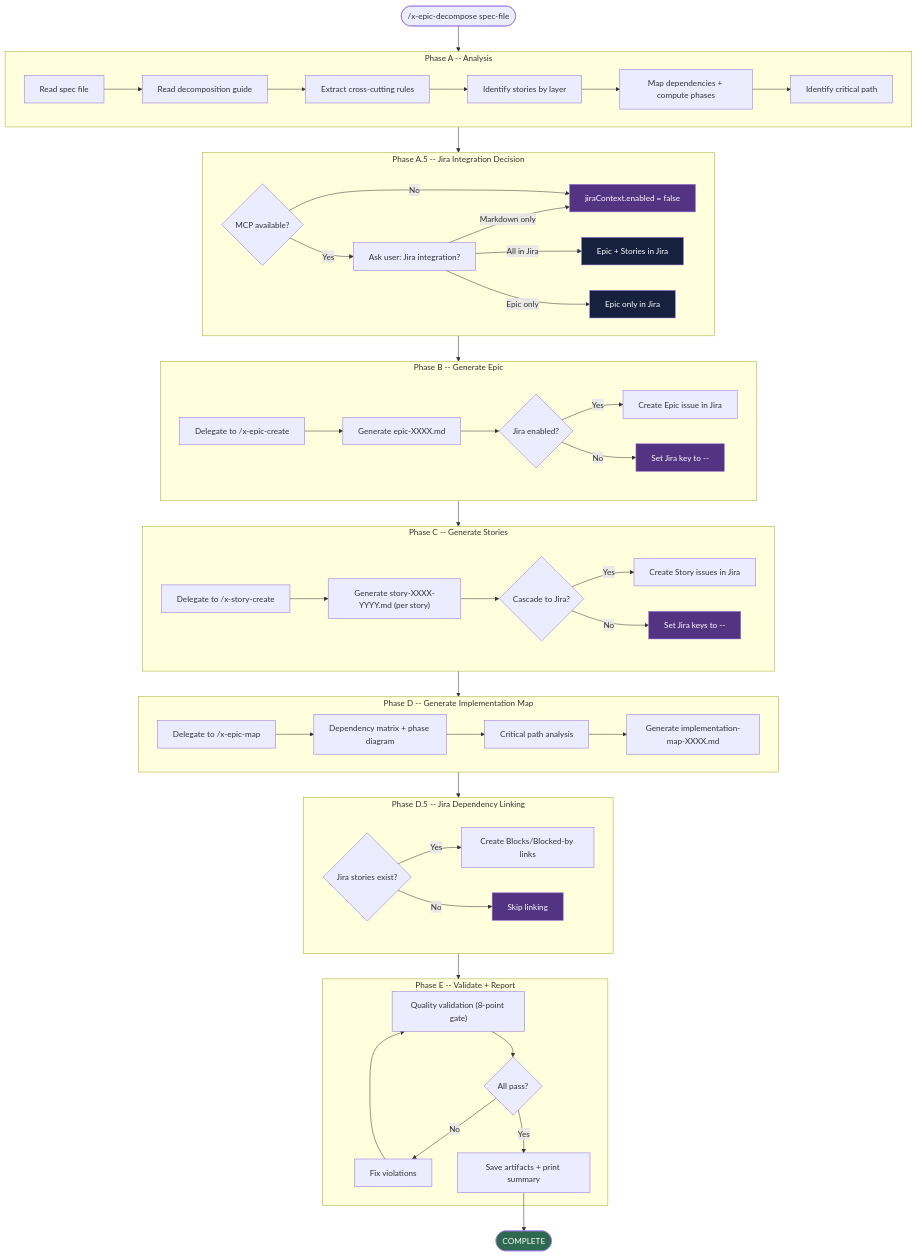
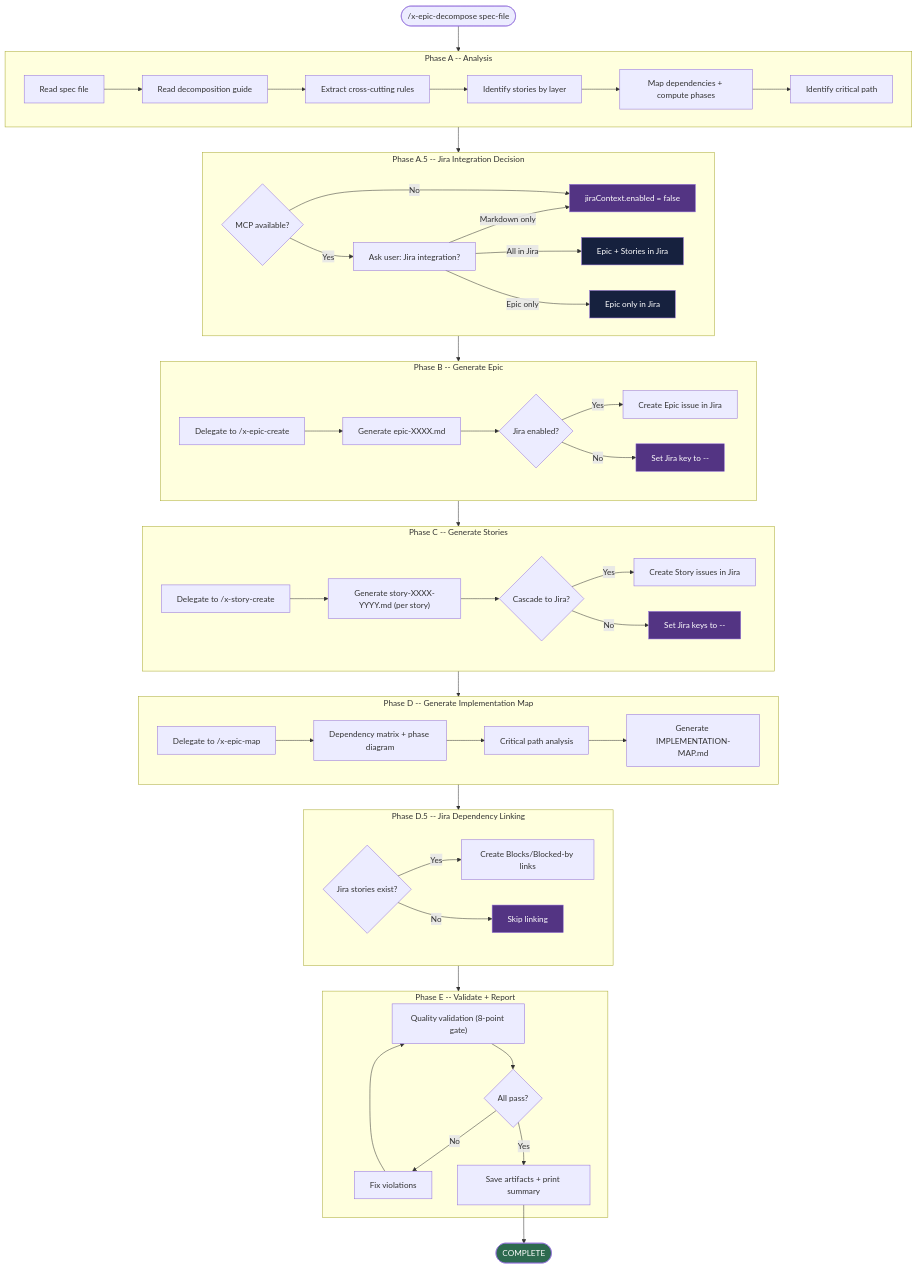
The diagram in java/src/main/resources/targets/claude/skills/core/plan/x-epic-decompose/README.md (edercnj/ia-dev-environment), drawn with Mermaid before and after one commit. The commit also changed other lines of this file and 5 other files, not shown here.

First line of the commit message:
fix(skills): align implementation-map filename with ADR-0003

````diff
--- a/java/src/main/resources/targets/claude/skills/core/plan/x-epic-decompose/README.md
+++ b/java/src/main/resources/targets/claude/skills/core/plan/x-epic-decompose/README.md
@@ -19,76 +19,76 @@
 ```mermaid
 flowchart TD
     START(["/x-epic-decompose spec-file"]) --> PA
 
     subgraph PA["Phase A -- Analysis"]
         PA1[Read spec file] --> PA2[Read decomposition guide]
         PA2 --> PA3[Extract cross-cutting rules]
         PA3 --> PA4[Identify stories by layer]
         PA4 --> PA5[Map dependencies + compute phases]
         PA5 --> PA6[Identify critical path]
     end
 
     PA --> PA5J
 
     subgraph PA5J["Phase A.5 -- Jira Integration Decision"]
         JC1{MCP available?}
         JC1 -->|No| NOJIRA["jiraContext.enabled = false"]
         JC1 -->|Yes| JC2["Ask user: Jira integration?"]
         JC2 -->|All in Jira| FULL["Epic + Stories in Jira"]
         JC2 -->|Epic only| PARTIAL["Epic only in Jira"]
         JC2 -->|Markdown only| NOJIRA
     end
 
     PA5J --> PB
 
     subgraph PB["Phase B -- Generate Epic"]
         PB1["Delegate to /x-epic-create"] --> PB2[Generate epic-XXXX.md]
         PB2 --> PB3{Jira enabled?}
         PB3 -->|Yes| PB4["Create Epic issue in Jira"]
         PB3 -->|No| PB5["Set Jira key to --"]
     end
 
     PB --> PC
 
     subgraph PC["Phase C -- Generate Stories"]
         PC1["Delegate to /x-story-create"] --> PC2["Generate story-XXXX-YYYY.md (per story)"]
         PC2 --> PC3{Cascade to Jira?}
         PC3 -->|Yes| PC4["Create Story issues in Jira"]
         PC3 -->|No| PC5["Set Jira keys to --"]
     end
 
     PC --> PD
 
     subgraph PD["Phase D -- Generate Implementation Map"]
         PD1["Delegate to /x-epic-map"] --> PD2[Dependency matrix + phase diagram]
         PD2 --> PD3[Critical path analysis]
-        PD3 --> PD4[Generate implementation-map-XXXX.md]
+        PD3 --> PD4[Generate IMPLEMENTATION-MAP.md]
     end
 
     PD --> PD5
 
     subgraph PD5["Phase D.5 -- Jira Dependency Linking"]
         PD5A{Jira stories exist?}
         PD5A -->|Yes| PD5B["Create Blocks/Blocked-by links"]
         PD5A -->|No| PD5C["Skip linking"]
     end
 
     PD5 --> PE
 
     subgraph PE["Phase E -- Validate + Report"]
         PE1["Quality validation (8-point gate)"] --> PE2{All pass?}
         PE2 -->|No| PE3["Fix violations"]
         PE3 --> PE1
         PE2 -->|Yes| PE4["Save artifacts + print summary"]
     end
 
     PE4 --> DONE(["COMPLETE"])
 
     style NOJIRA fill:#533483,color:#fff
     style DONE fill:#2d6a4f,color:#fff
     style FULL fill:#16213e,color:#fff
     style PARTIAL fill:#16213e,color:#fff
     style PB5 fill:#533483,color:#fff
     style PC5 fill:#533483,color:#fff
     style PD5C fill:#533483,color:#fff
 ```
````
